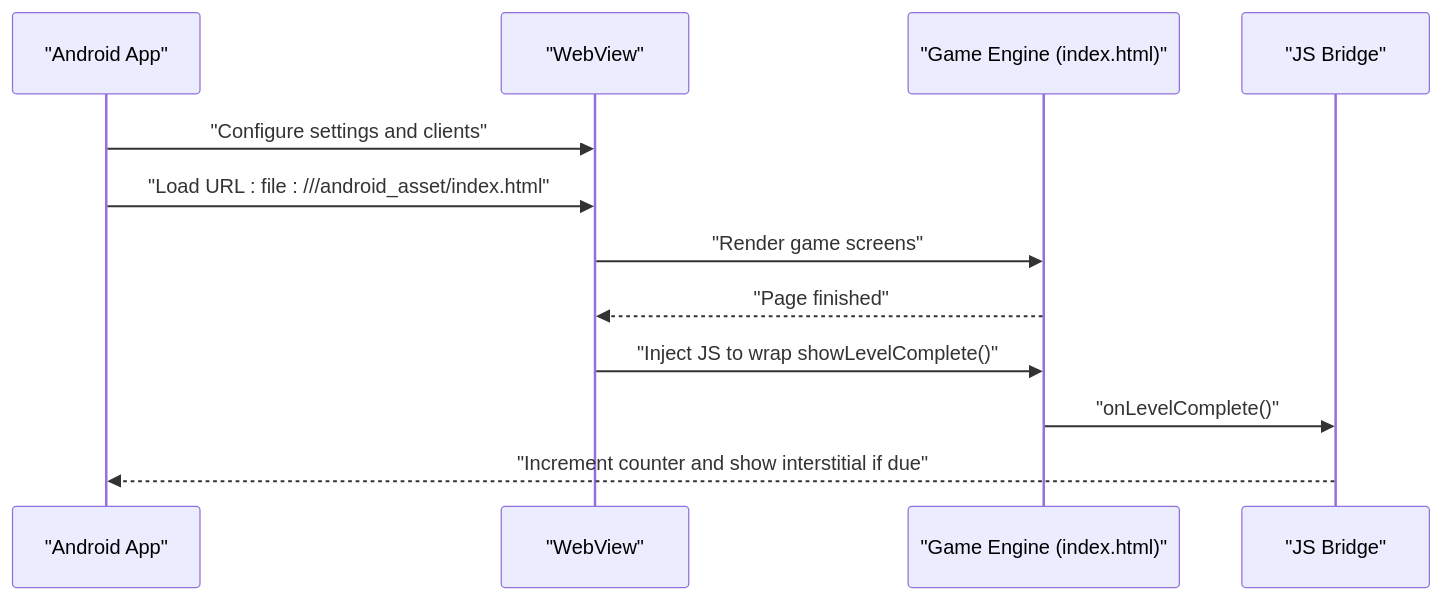
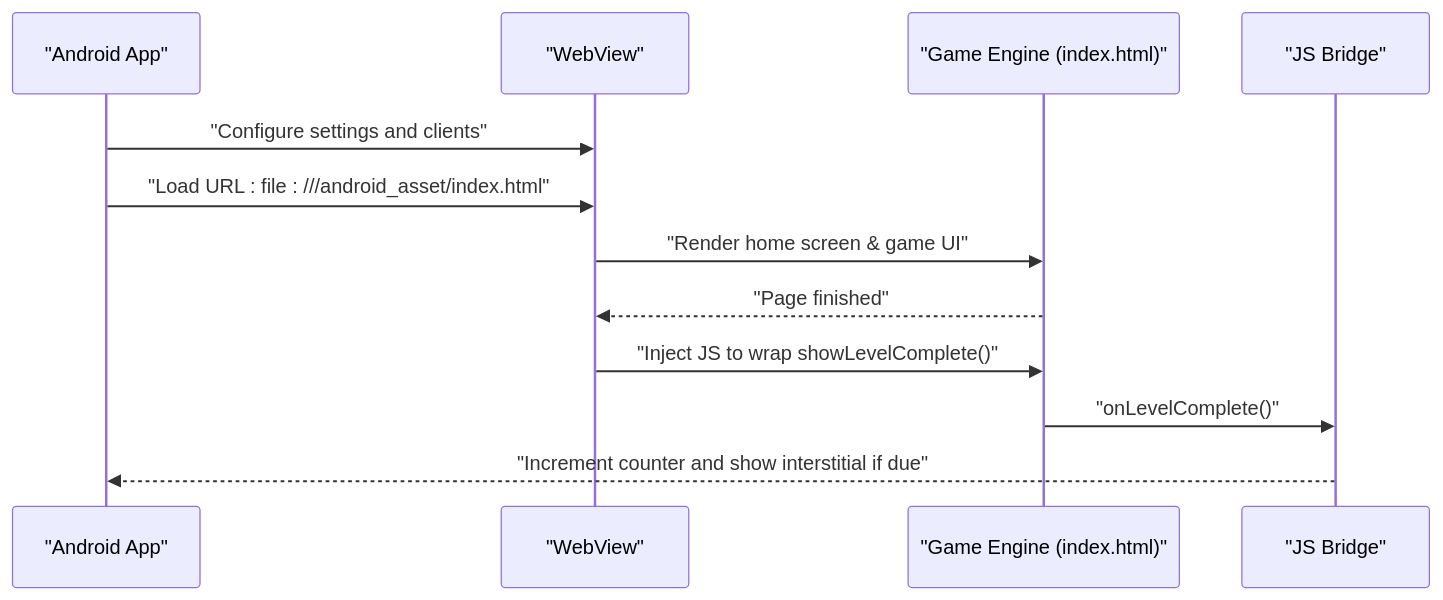
One commit to chetanck03/games changed the third of 6 diagrams in .qoder/repowiki/en/content/Project Overview/Project Overview.md. Above: the diagram before and after it, drawn with Mermaid. The commit also changed other lines of this file and 6 other files, not shown here.

````diff
--- a/.qoder/repowiki/en/content/Project Overview/Project Overview.md
+++ b/.qoder/repowiki/en/content/Project Overview/Project Overview.md
@@ -146,14 +186,14 @@
 ```mermaid
 sequenceDiagram
 participant A as "Android App"
 participant W as "WebView"
 participant G as "Game Engine (index.html)"
 participant J as "JS Bridge"
 A->>W : "Configure settings and clients"
 A->>W : "Load URL : file : ///android_asset/index.html"
-W->>G : "Render game screens"
+W->>G : "Render home screen & game UI"
 G-->>W : "Page finished"
 W->>G : "Inject JS to wrap showLevelComplete()"
 G->>J : "onLevelComplete()"
 J-->>A : "Increment counter and show interstitial if due"
 ```
````
